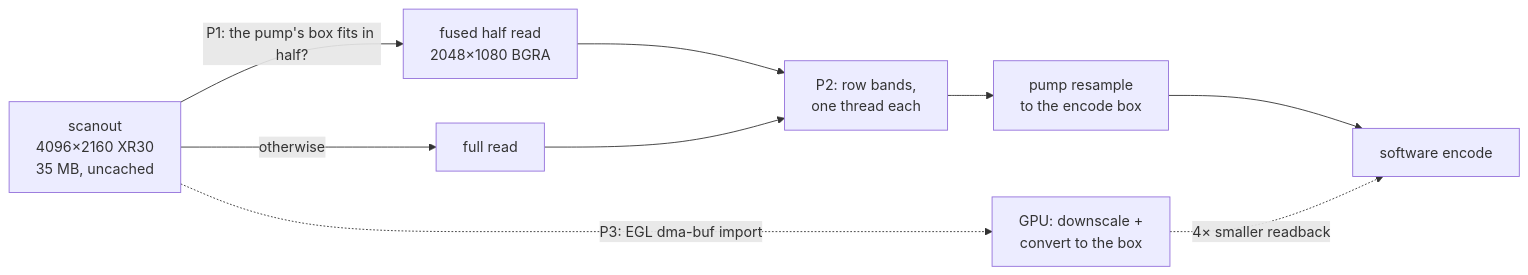
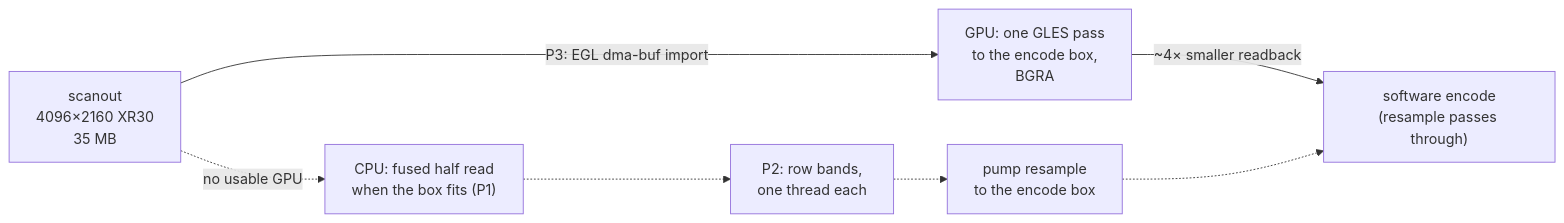
The diagram in docs/fr/FR-107-drm-capture-throughput.md (gjovanov/roomler-ai), drawn with Mermaid before and after one commit. The commit also changed other lines of this file and 9 other files, not shown here.

````diff
--- a/docs/fr/FR-107-drm-capture-throughput.md
+++ b/docs/fr/FR-107-drm-capture-throughput.md
@@ -47,11 +57,9 @@
 ```mermaid
 flowchart LR
-    S["scanout<br/>4096×2160 XR30<br/>35 MB, uncached"] -->|"P1: the pump's box fits in half?"| H["fused half read<br/>2048×1080 BGRA"]
-    S -->|"otherwise"| F["full read"]
-    H --> B["P2: row bands,<br/>one thread each"]
-    F --> B
-    B --> R["pump resample<br/>to the encode box"]
-    R --> E["software encode"]
-    S -.->|"P3: EGL dma-buf import"| G["GPU: downscale +<br/>convert to the box"]
-    G -.->|"4× smaller readback"| E
+    S["scanout<br/>4096×2160 XR30<br/>35 MB"] -->|"P3: EGL dma-buf import"| G["GPU: one GLES pass<br/>to the encode box,<br/>BGRA"]
+    G -->|"~4× smaller readback"| E["software encode<br/>(resample passes through)"]
+    S -.->|"no usable GPU"| H["CPU: fused half read<br/>when the box fits (P1)"]
+    H -.-> B["P2: row bands,<br/>one thread each"]
+    B -.-> R["pump resample<br/>to the encode box"]
+    R -.-> E
 ```
````
